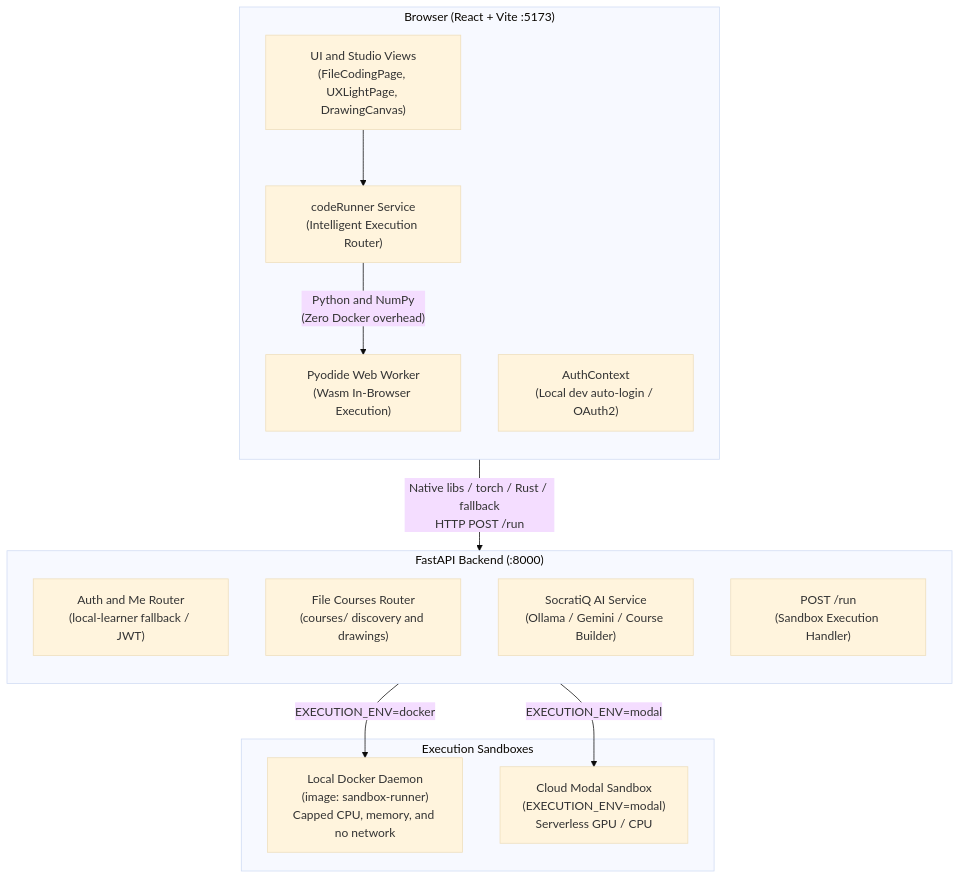
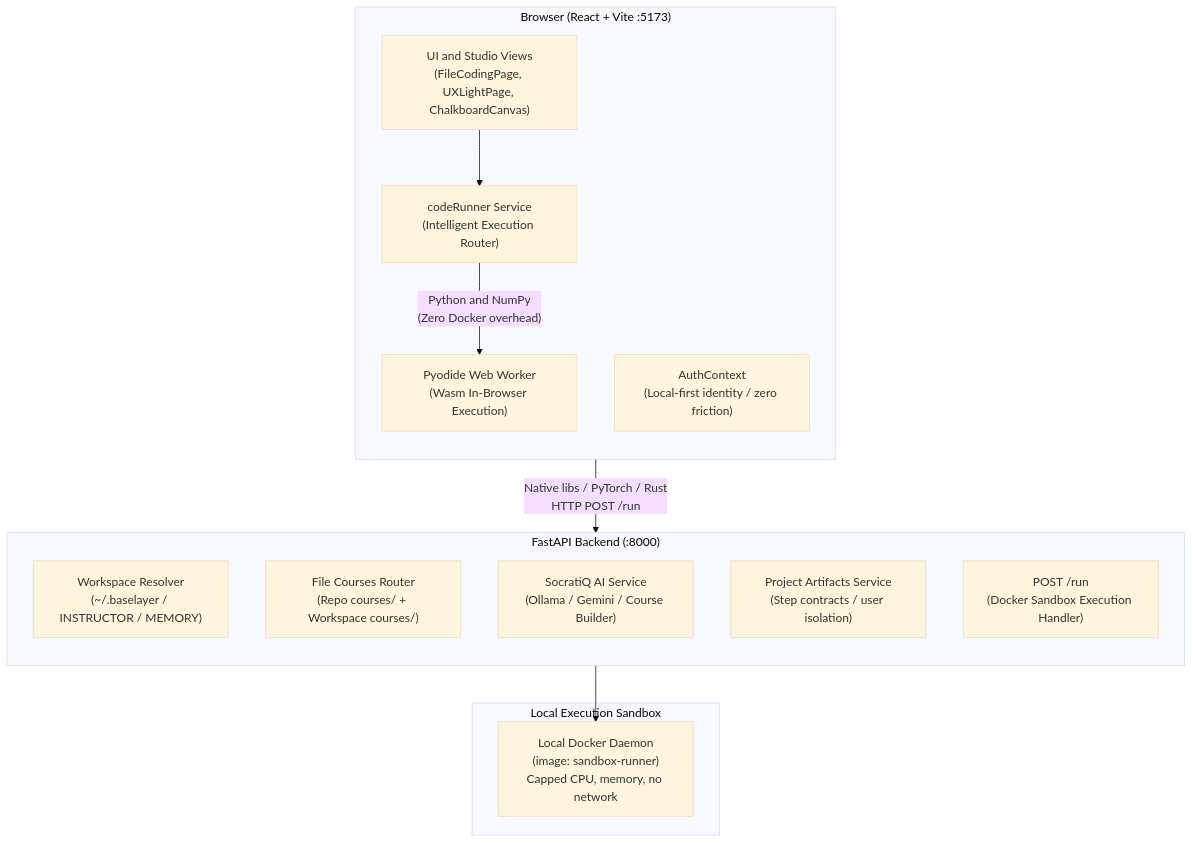
Before and after one commit to sotoblanco/BaseLayer: the diagram in README.md, drawn with Mermaid (base theme). The commit also changed other lines of this file, not shown here.

````diff
--- a/README.md
+++ b/README.md
@@ -195,31 +283,30 @@
 ```mermaid
 flowchart TB
     subgraph Client["Browser (React + Vite :5173)"]
         direction TB
-        UI["UI and Studio Views<br/>(FileCodingPage, UXLightPage, DrawingCanvas)"]
-        Auth["AuthContext<br/>(Local dev auto-login / OAuth2)"]
+        UI["UI and Studio Views<br/>(FileCodingPage, UXLightPage, ChalkboardCanvas)"]
+        Auth["AuthContext<br/>(Local-first identity / zero friction)"]
         Router["codeRunner Service<br/>(Intelligent Execution Router)"]
         Pyodide["Pyodide Web Worker<br/>(Wasm In-Browser Execution)"]
 
         UI --> Router
         Router -->|"Python and NumPy<br/>(Zero Docker overhead)"| Pyodide
     end
 
     subgraph Backend["FastAPI Backend (:8000)"]
         direction TB
-        AuthBackend["Auth and Me Router<br/>(local-learner fallback / JWT)"]
-        CoursesBackend["File Courses Router<br/>(courses/ discovery and drawings)"]
+        Workspace["Workspace Resolver<br/>(~/.baselayer / INSTRUCTOR / MEMORY)"]
+        CoursesBackend["File Courses Router<br/>(Repo courses/ + Workspace courses/)"]
         AI["SocratiQ AI Service<br/>(Ollama / Gemini / Course Builder)"]
-        RunEndpoint["POST /run<br/>(Sandbox Execution Handler)"]
+        ProjectArtifacts["Project Artifacts Service<br/>(Step contracts / user isolation)"]
+        RunEndpoint["POST /run<br/>(Docker Sandbox Execution Handler)"]
     end
 
-    Router -->|"Native libs / torch / Rust / fallback<br/>HTTP POST /run"| RunEndpoint
+    Router -->|"Native libs / PyTorch / Rust<br/>HTTP POST /run"| RunEndpoint
 
-    subgraph Sandboxes["Execution Sandboxes"]
-        DockerDaemon["Local Docker Daemon<br/>(image: sandbox-runner)<br/>Capped CPU, memory, and no network"]
-        ModalCloud["Cloud Modal Sandbox<br/>(EXECUTION_ENV=modal)<br/>Serverless GPU / CPU"]
+    subgraph Sandbox["Local Execution Sandbox"]
+        DockerDaemon["Local Docker Daemon<br/>(image: sandbox-runner)<br/>Capped CPU, memory, no network"]
     end
 
-    RunEndpoint -->|"EXECUTION_ENV=docker"| DockerDaemon
-    RunEndpoint -->|"EXECUTION_ENV=modal"| ModalCloud
+    RunEndpoint --> DockerDaemon
 ```
````
